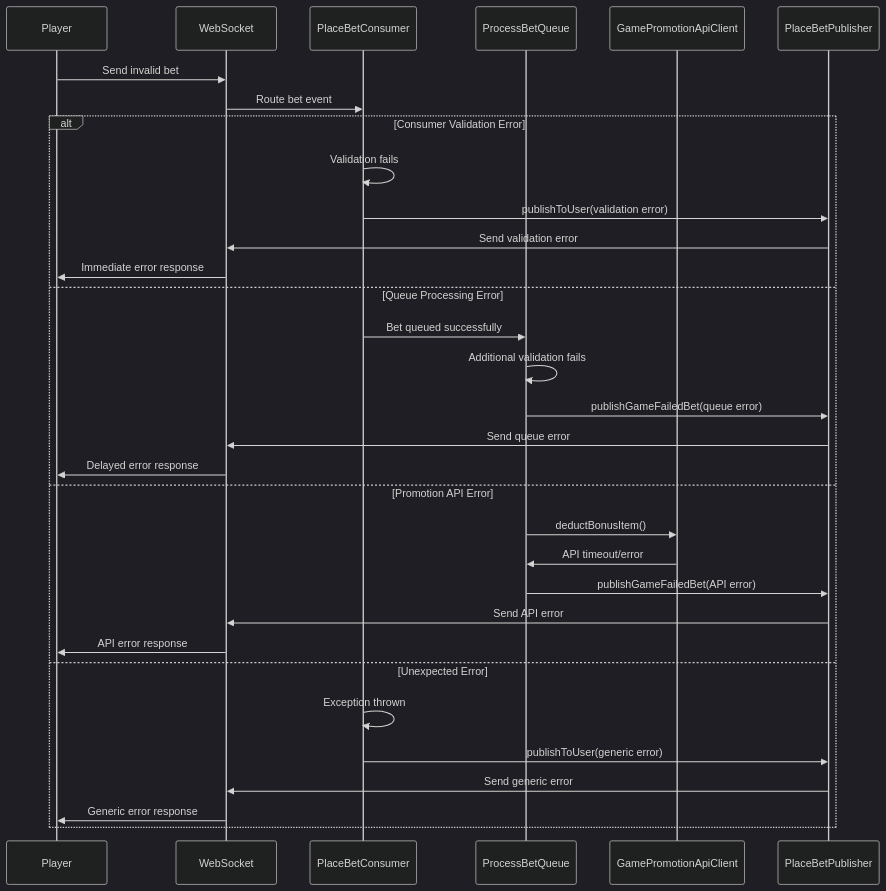
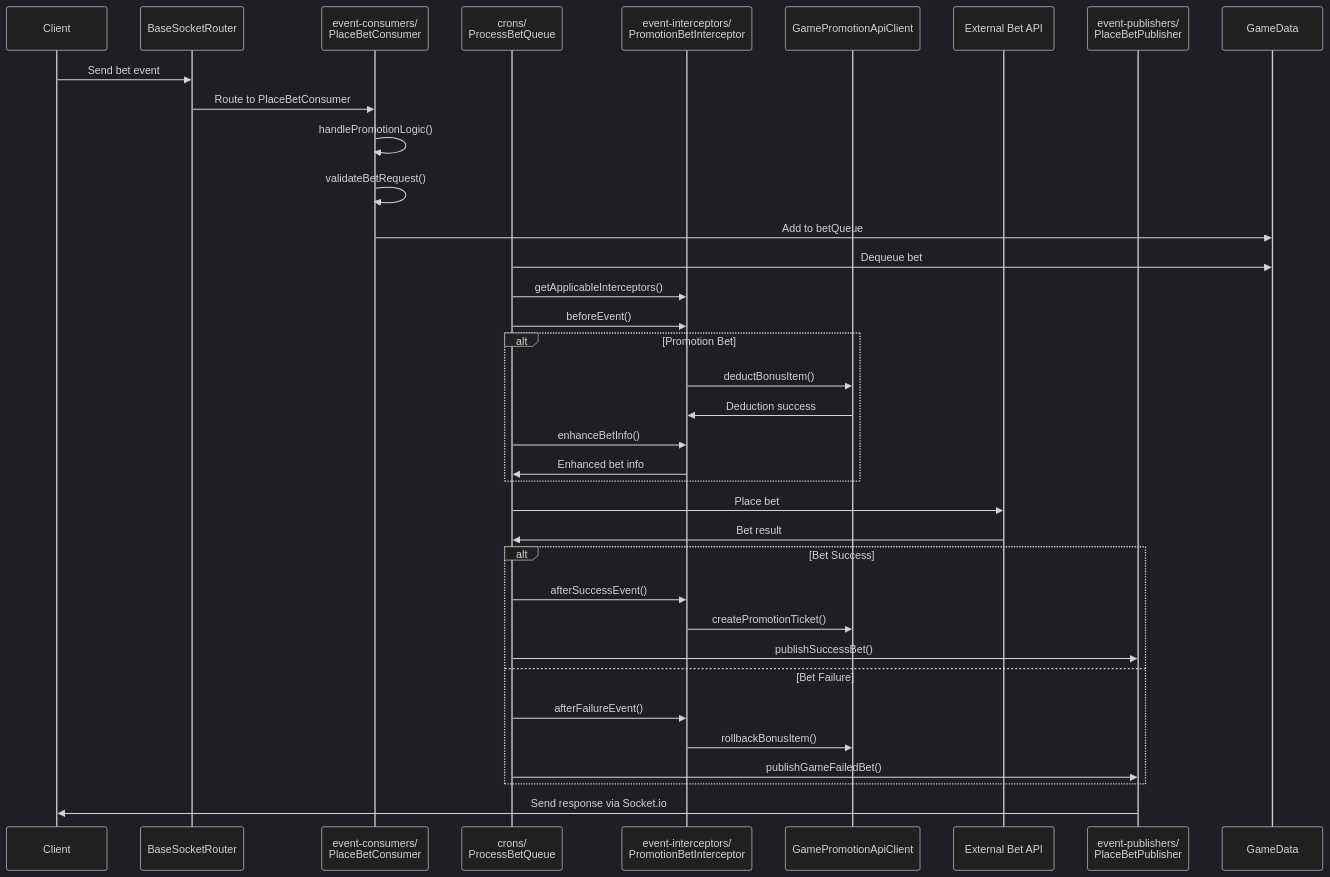
One commit to starixvn/l1_sc-packages_sc-game-base changed the seventh of 7 diagrams in diagrams/place-bet-flow-diagram.md. Above: the diagram before and after it, drawn with Mermaid (dark theme). The commit also changed other lines of this file and 1 other file, not shown here.

Commit message:
docs: update place-bet-flow-diagram

````diff
--- a/diagrams/place-bet-flow-diagram.md
+++ b/diagrams/place-bet-flow-diagram.md
@@ -493,36 +255,44 @@
 ```mermaid
 sequenceDiagram
-    participant Player
-    participant Socket as WebSocket
-    participant Consumer as PlaceBetConsumer
-    participant Queue as ProcessBetQueue
+    participant Client
+    participant Router as BaseSocketRouter
+    participant Consumer as event-consumers/<br/>PlaceBetConsumer
+    participant Queue as crons/<br/>ProcessBetQueue
+    participant Interceptor as event-interceptors/<br/>PromotionBetInterceptor
     participant PromotionAPI as GamePromotionApiClient
-    participant Publisher as PlaceBetPublisher
+    participant BetAPI as External Bet API
+    participant Publisher as event-publishers/<br/>PlaceBetPublisher
+    participant GameData
 
-    Player->>Socket: Send invalid bet
-    Socket->>Consumer: Route bet event
+    Client->>Router: Send bet event
+    Router->>Consumer: Route to PlaceBetConsumer
+    Consumer->>Consumer: handlePromotionLogic()
+    Consumer->>Consumer: validateBetRequest()
+    Consumer->>GameData: Add to betQueue
 
-    alt Consumer Validation Error
-        Consumer->>Consumer: Validation fails
-        Consumer->>Publisher: publishToUser(validation error)
-        Publisher->>Socket: Send validation error
-        Socket->>Player: Immediate error response
-    else Queue Processing Error
-        Consumer->>Queue: Bet queued successfully
-        Queue->>Queue: Additional validation fails
-        Queue->>Publisher: publishGameFailedBet(queue error)
-        Publisher->>Socket: Send queue error
-        Socket->>Player: Delayed error response
-    else Promotion API Error
-        Queue->>PromotionAPI: deductBonusItem()
-        PromotionAPI->>Queue: API timeout/error
-        Queue->>Publisher: publishGameFailedBet(API error)
-        Publisher->>Socket: Send API error
-        Socket->>Player: API error response
-    else Unexpected Error
-        Consumer->>Consumer: Exception thrown
-        Consumer->>Publisher: publishToUser(generic error)
-        Publisher->>Socket: Send generic error
-        Socket->>Player: Generic error response
+    Queue->>GameData: Dequeue bet
+    Queue->>Interceptor: getApplicableInterceptors()
+    Queue->>Interceptor: beforeEvent()
+
+    alt Promotion Bet
+        Interceptor->>PromotionAPI: deductBonusItem()
+        PromotionAPI->>Interceptor: Deduction success
+        Queue->>Interceptor: enhanceBetInfo()
+        Interceptor->>Queue: Enhanced bet info
     end
+
+    Queue->>BetAPI: Place bet
+    BetAPI->>Queue: Bet result
+
+    alt Bet Success
+        Queue->>Interceptor: afterSuccessEvent()
+        Interceptor->>PromotionAPI: createPromotionTicket()
+        Queue->>Publisher: publishSuccessBet()
+    else Bet Failure
+        Queue->>Interceptor: afterFailureEvent()
+        Interceptor->>PromotionAPI: rollbackBonusItem()
+        Queue->>Publisher: publishGameFailedBet()
+    end
+
+    Publisher->>Client: Send response via Socket.io
 ```
````
